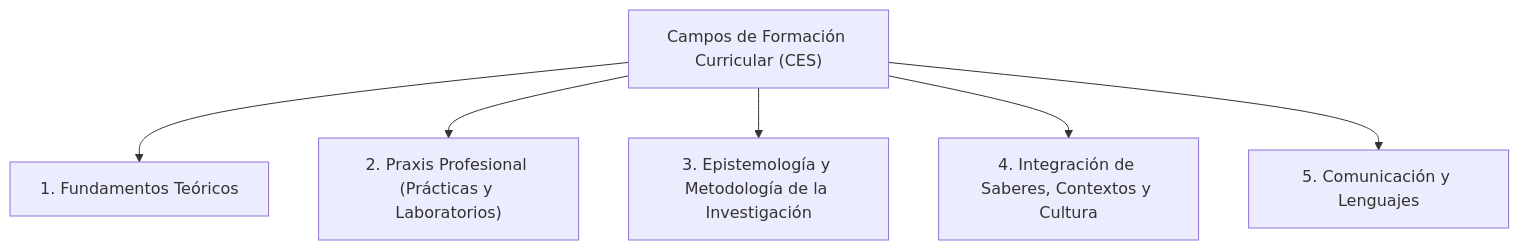
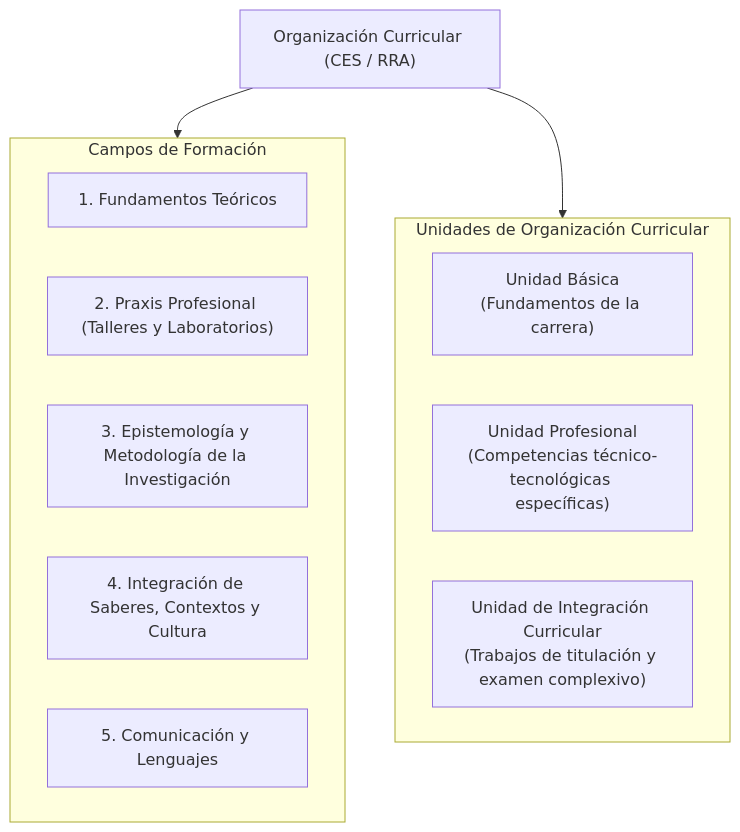
The first of 2 diagrams in docs/documentacion/04-base-de-datos/02-catalogos-normativa-ecuador.md (JorgeDoicela/dosier), drawn with Mermaid before and after one commit. The commit also changed other lines of this file and 34 other files, not shown here.

````diff
--- a/docs/documentacion/04-base-de-datos/02-catalogos-normativa-ecuador.md
+++ b/docs/documentacion/04-base-de-datos/02-catalogos-normativa-ecuador.md
@@ -13,9 +18,21 @@
 ```mermaid
 graph TD
-    GrandArea["Campos de Formación Curricular (CES)"]
-    GrandArea --> FT["1. Fundamentos Teóricos"]
-    GrandArea --> PP["2. Praxis Profesional (Prácticas y Laboratorios)"]
-    GrandArea --> EM["3. Epistemología y Metodología de la Investigación"]
-    GrandArea --> IS["4. Integración de Saberes, Contextos y Cultura"]
-    GrandArea --> CL["5. Comunicación y Lenguajes"]
+    Curriculo["Organización Curricular (CES / RRA)"]
+
+    subgraph Campos ["Campos de Formación"]
+        FT["1. Fundamentos Teóricos"]
+        PP["2. Praxis Profesional (Talleres y Laboratorios)"]
+        EM["3. Epistemología y Metodología de la Investigación"]
+        IS["4. Integración de Saberes, Contextos y Cultura"]
+        CL["5. Comunicación y Lenguajes"]
+    end
+
+    subgraph Unidades ["Unidades de Organización Curricular"]
+        UB["Unidad Básica\n(Fundamentos de la carrera)"]
+        UP["Unidad Profesional\n(Competencias técnico-tecnológicas específicas)"]
+        UIC["Unidad de Integración Curricular\n(Trabajos de titulación y examen complexivo)"]
+    end
+
+    Curriculo --> Campos
+    Curriculo --> Unidades
 ```
````
